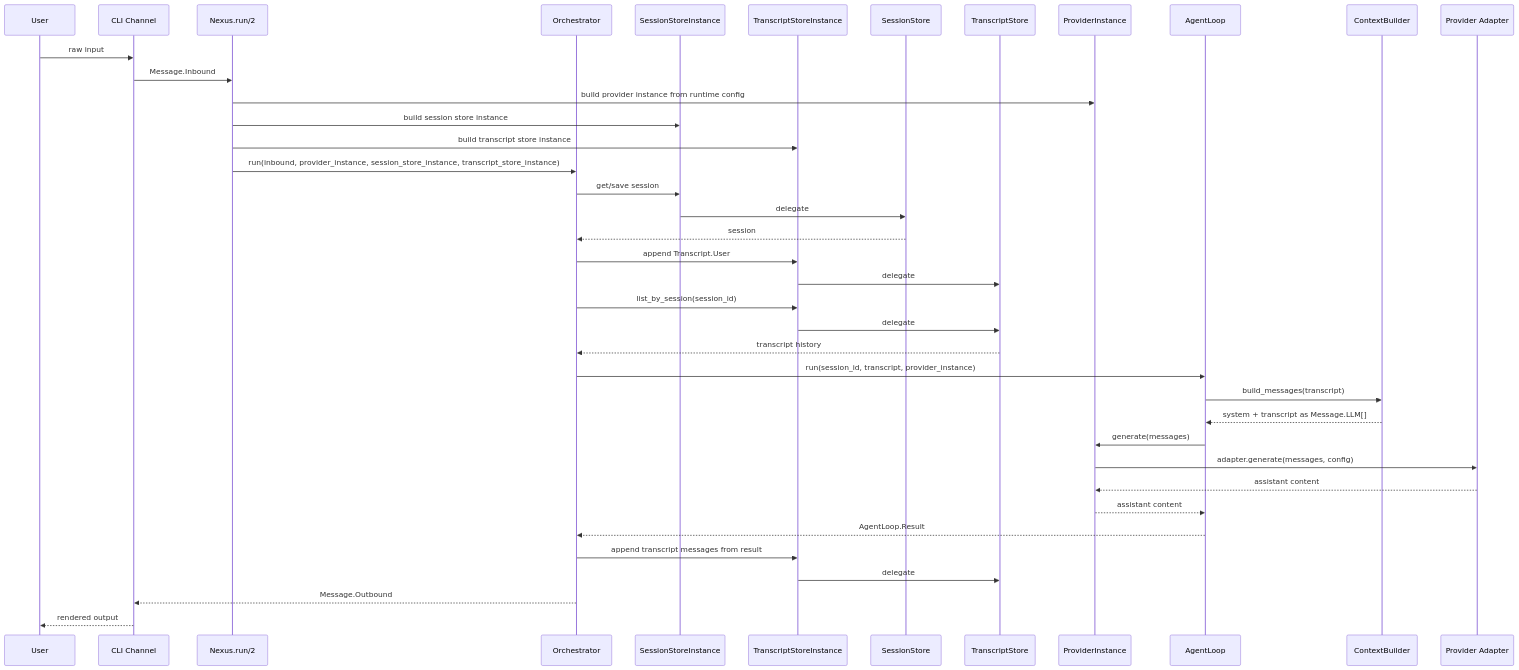
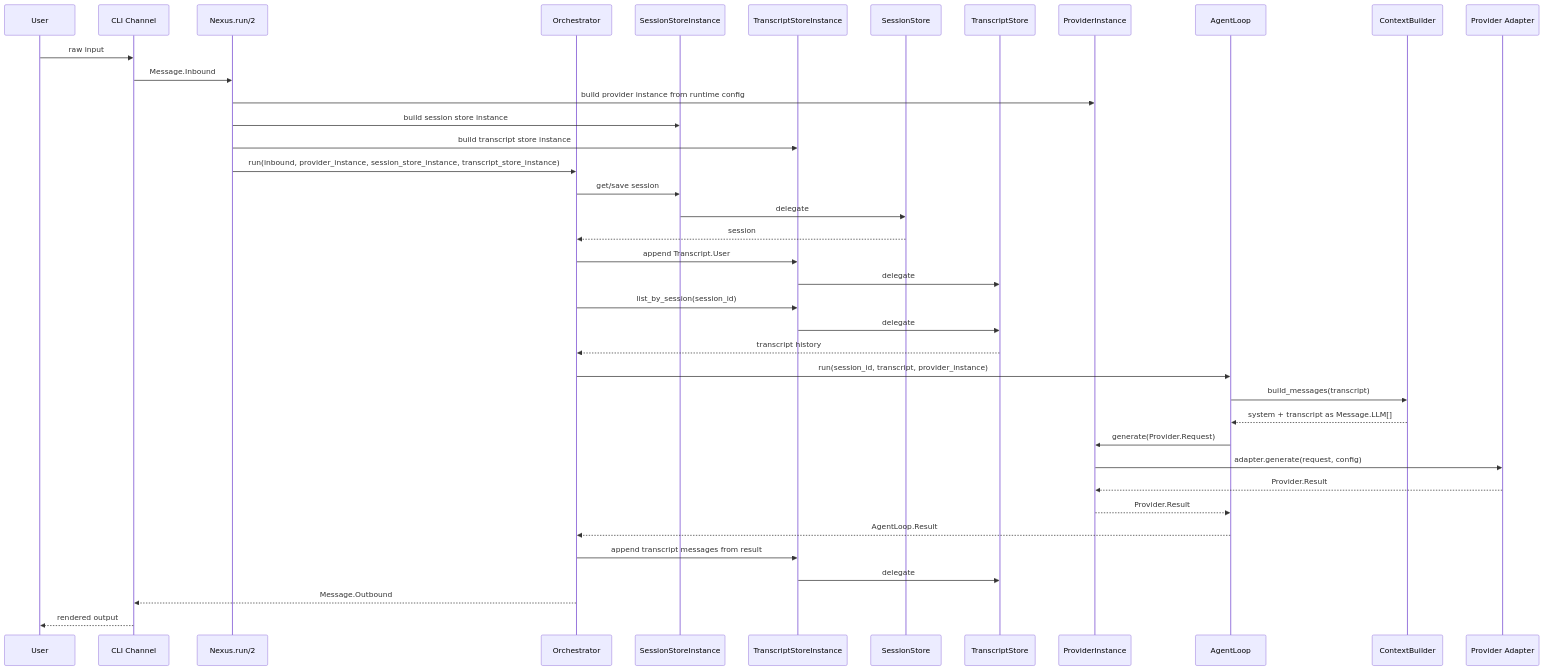
One commit to 0xc14m1z/nexus changed the second of 3 diagrams in docs/architecture-diagrams.md. Above: the diagram before and after it, drawn with Mermaid. The commit also changed other lines of this file and 13 other files, not shown here.

Commit message:
refactor: structure provider request and result

````diff
--- a/docs/architecture-diagrams.md
+++ b/docs/architecture-diagrams.md
@@ -58,42 +62,42 @@
 ```mermaid
 sequenceDiagram
     participant U as User
     participant C as CLI Channel
     participant R as Nexus.run/2
     participant O as Orchestrator
     participant SSI as SessionStoreInstance
     participant TSI as TranscriptStoreInstance
     participant S as SessionStore
     participant T as TranscriptStore
     participant PI as ProviderInstance
     participant A as AgentLoop
     participant B as ContextBuilder
     participant P as Provider Adapter
 
     U->>C: raw input
     C->>R: Message.Inbound
     R->>PI: build provider instance from runtime config
     R->>SSI: build session store instance
     R->>TSI: build transcript store instance
     R->>O: run(inbound, provider_instance, session_store_instance, transcript_store_instance)
     O->>SSI: get/save session
     SSI->>S: delegate
     S-->>O: session
     O->>TSI: append Transcript.User
     TSI->>T: delegate
     O->>TSI: list_by_session(session_id)
     TSI->>T: delegate
     T-->>O: transcript history
     O->>A: run(session_id, transcript, provider_instance)
     A->>B: build_messages(transcript)
     B-->>A: system + transcript as Message.LLM[]
-    A->>PI: generate(messages)
-    PI->>P: adapter.generate(messages, config)
-    P-->>PI: assistant content
-    PI-->>A: assistant content
+    A->>PI: generate(Provider.Request)
+    PI->>P: adapter.generate(request, config)
+    P-->>PI: Provider.Result
+    PI-->>A: Provider.Result
     A-->>O: AgentLoop.Result
     O->>TSI: append transcript messages from result
     TSI->>T: delegate
     O-->>C: Message.Outbound
     C-->>U: rendered output
 ```
````
